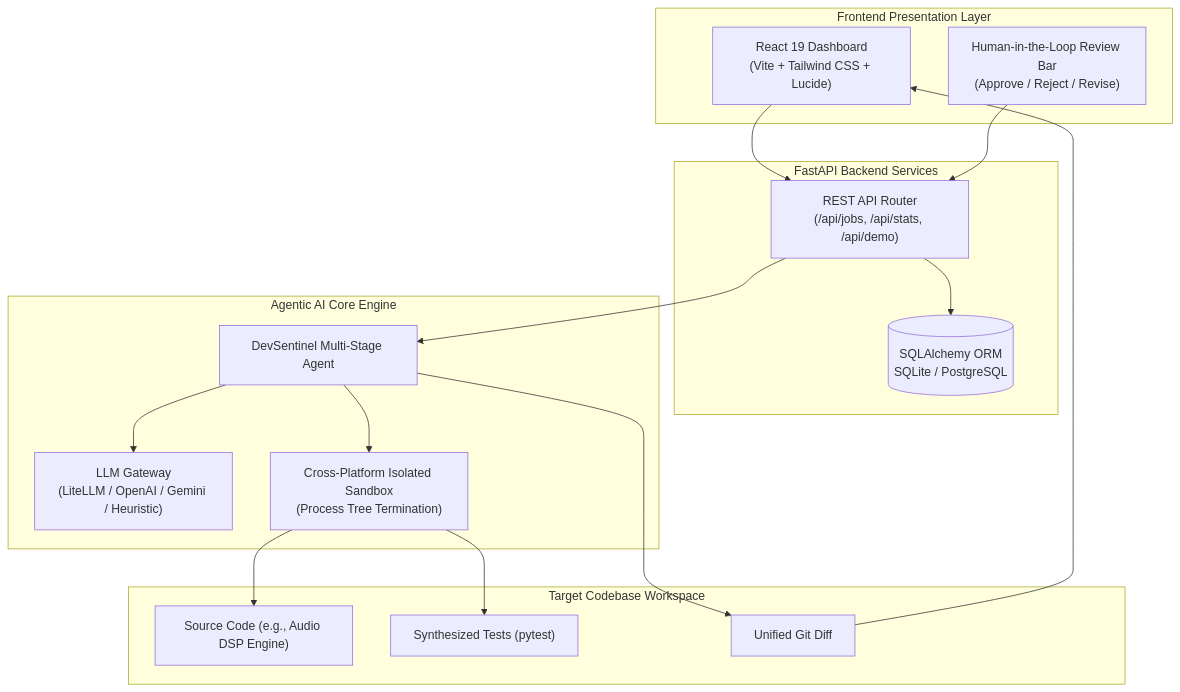
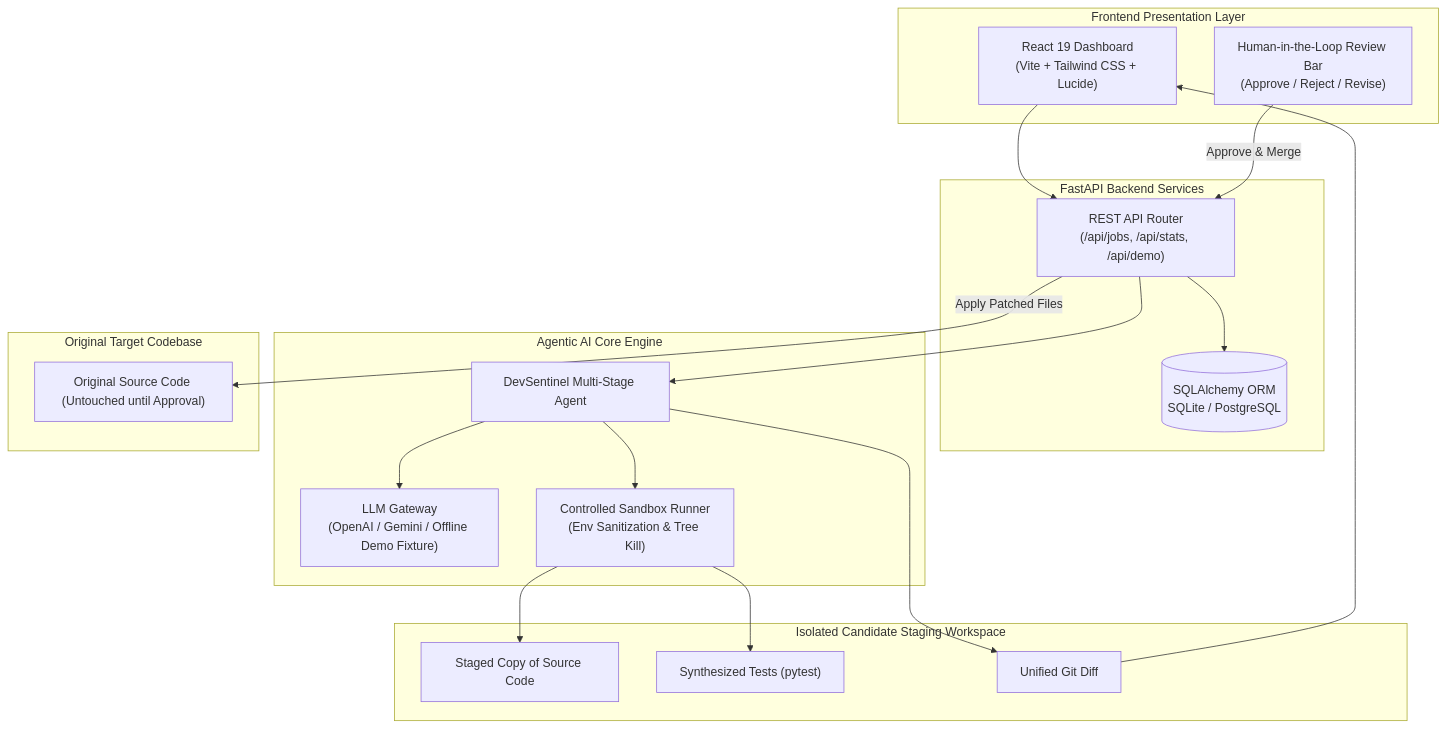
Before and after one commit to manishjangid1499-cell/DevSentinel: the diagram in README.md, drawn with Mermaid. The commit also changed other lines of this file and 11 other files, not shown here.

Commit message:
fix(security): isolate candidate workspace, enforce exit codes, prevent path traversal, and validate state transitions

````diff
--- a/README.md
+++ b/README.md
@@ -42,35 +43,40 @@
 ```mermaid
 flowchart TD
     subgraph Client ["Frontend Presentation Layer"]
         UI["React 19 Dashboard<br/>(Vite + Tailwind CSS + Lucide)"]
         HITL["Human-in-the-Loop Review Bar<br/>(Approve / Reject / Revise)"]
     end
 
     subgraph Server ["FastAPI Backend Services"]
         API["REST API Router<br/>(/api/jobs, /api/stats, /api/demo)"]
         DB[(SQLAlchemy ORM<br/>SQLite / PostgreSQL)]
     end
 
     subgraph Agent ["Agentic AI Core Engine"]
         Engine["DevSentinel Multi-Stage Agent"]
-        LLM["LLM Gateway<br/>(LiteLLM / OpenAI / Gemini / Heuristic)"]
-        Sandbox["Cross-Platform Isolated Sandbox<br/>(Process Tree Termination)"]
+        LLM["LLM Gateway<br/>(OpenAI / Gemini / Offline Demo Fixture)"]
+        Sandbox["Controlled Sandbox Runner<br/>(Env Sanitization & Tree Kill)"]
     end
 
-    subgraph Workspace ["Target Codebase Workspace"]
-        Repo["Source Code (e.g., Audio DSP Engine)"]
+    subgraph Staging ["Isolated Candidate Staging Workspace"]
+        TempRepo["Staged Copy of Source Code"]
         Pytest["Synthesized Tests (pytest)"]
         Diff["Unified Git Diff"]
     end
 
+    subgraph Target ["Original Target Codebase"]
+        OriginalRepo["Original Source Code (Untouched until Approval)"]
+    end
+
     UI --> API
-    HITL --> API
+    HITL -->|"Approve & Merge"| API
+    API -->|"Apply Patched Files"| OriginalRepo
     API --> DB
     API --> Engine
     Engine --> LLM
     Engine --> Sandbox
-    Sandbox --> Repo
+    Sandbox --> TempRepo
     Sandbox --> Pytest
     Engine --> Diff
     Diff --> UI
 ```
````
